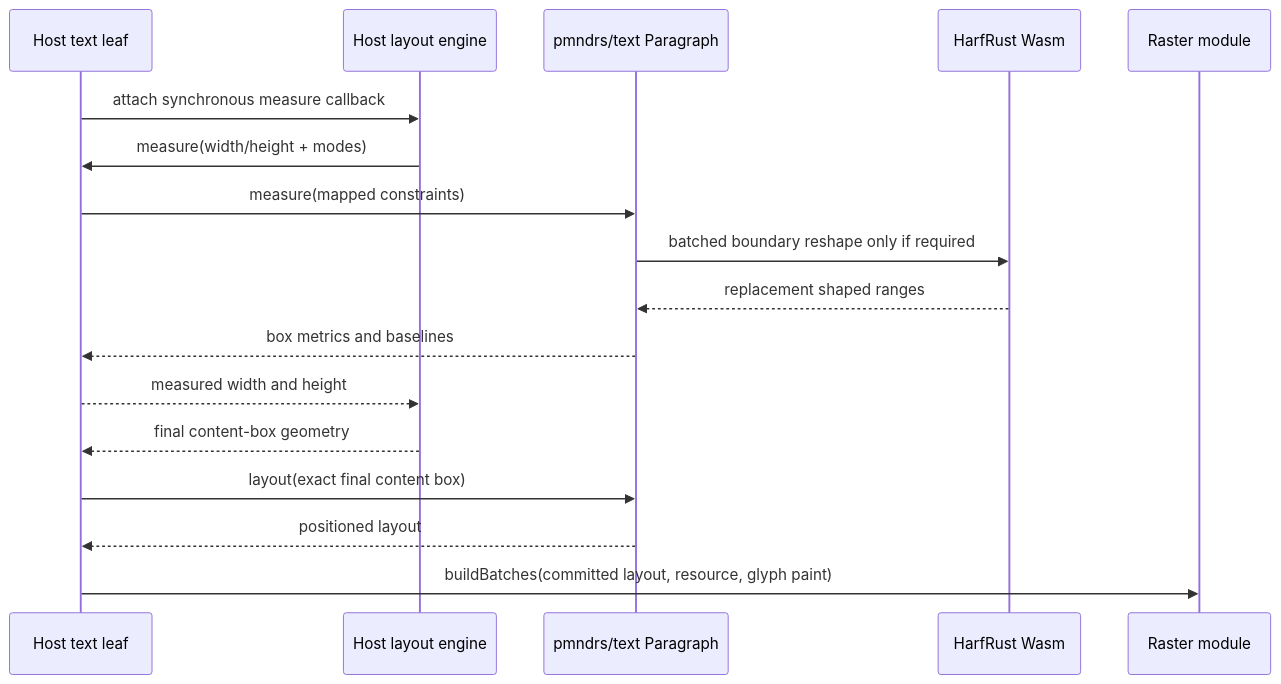
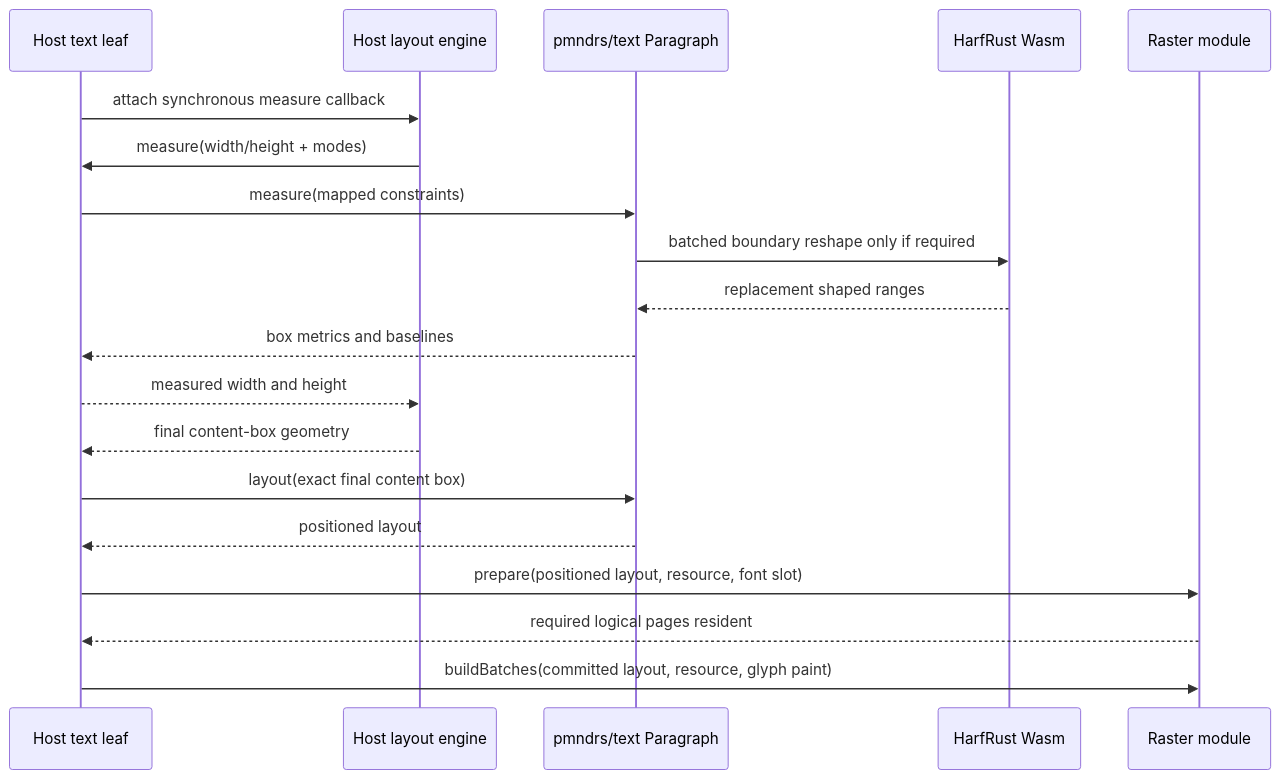
Before and after one commit to pmndrs/glyph: the sixth of 6 diagrams in docs/planning/architecture.md, drawn with Mermaid. The commit also changed other lines of this file and 35 other files, not shown here.

````diff
--- a/docs/planning/architecture.md
+++ b/docs/planning/architecture.md
@@ -284,20 +287,22 @@
 ```mermaid
 sequenceDiagram
   participant U as Host text leaf
   participant Y as Host layout engine
   participant P as pmndrs/text Paragraph
   participant W as HarfRust Wasm
   participant R as Raster module
 
   U->>Y: attach synchronous measure callback
   Y->>U: measure(width/height + modes)
   U->>P: measure(mapped constraints)
   P->>W: batched boundary reshape only if required
   W-->>P: replacement shaped ranges
   P-->>U: box metrics and baselines
   U-->>Y: measured width and height
   Y-->>U: final content-box geometry
   U->>P: layout(exact final content box)
   P-->>U: positioned layout
+  U->>R: prepare(positioned layout, resource, font slot)
+  R-->>U: required logical pages resident
   U->>R: buildBatches(committed layout, resource, glyph paint)
 ```
````
